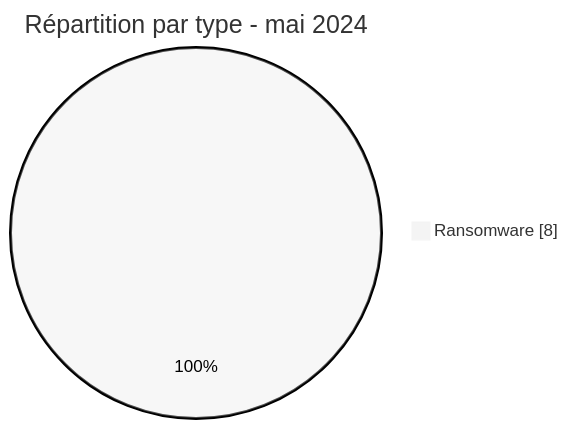
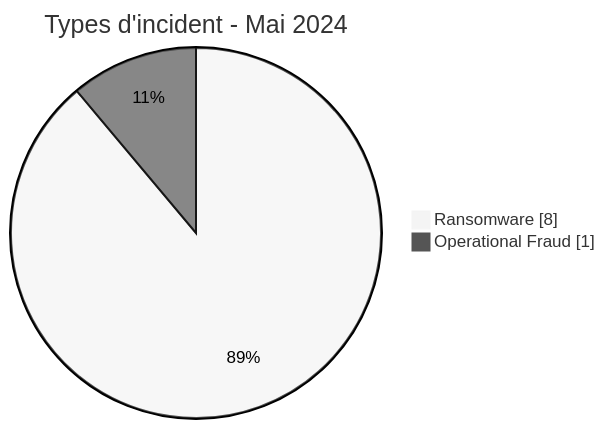
One commit to Hatchepsoute/AFRINTEL changed the first of 3 diagrams in CyberAttackAfrica/2024/05-may/README_FR.md. Above: the diagram before and after it, drawn with Mermaid (neutral theme). The commit also changed other lines of this file and 60 other files, not shown here.

````diff
--- a/CyberAttackAfrica/2024/05-may/README_FR.md
+++ b/CyberAttackAfrica/2024/05-may/README_FR.md
@@ -52,5 +53,6 @@
 ```mermaid
 pie showData
-    title Répartition par type - mai 2024
+    title Types d'incident - Mai 2024
     "Ransomware" : 8
+    "Operational Fraud" : 1
 ```
````
